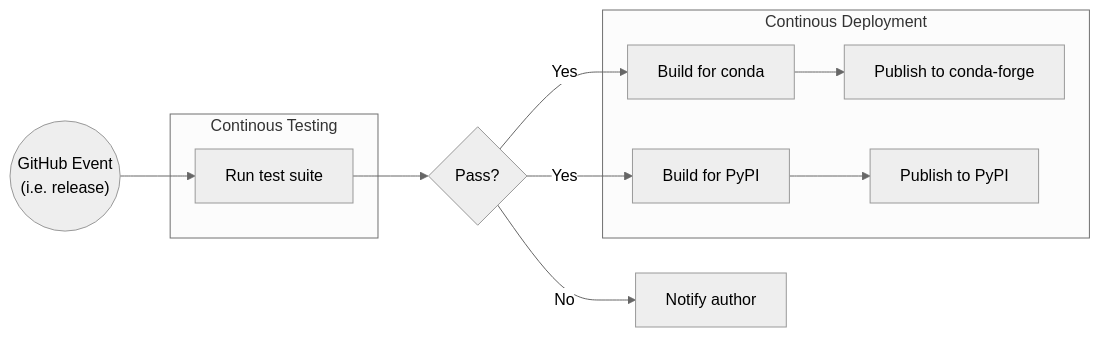
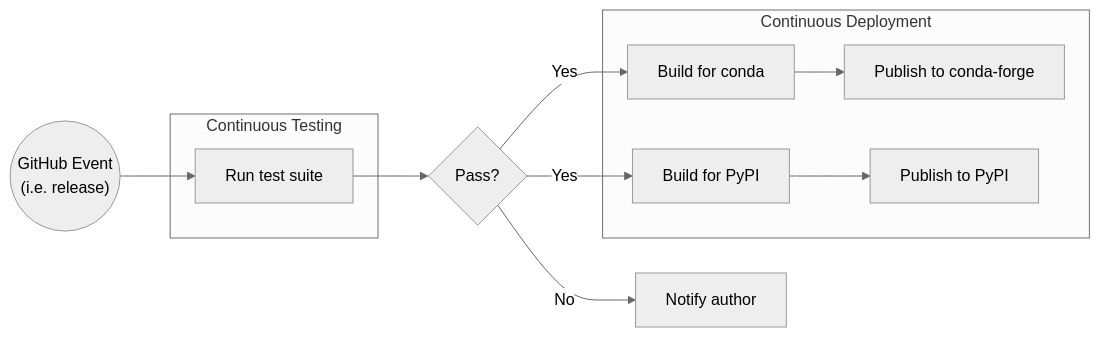
One commit to NREL/WETOStack changed the first of 3 diagrams in docs/best_practices.md. Above: the diagram before and after it, drawn with Mermaid (neutral theme). The commit also changed other lines of this file and 1 other file, not shown here.

````diff
--- a/docs/best_practices.md
+++ b/docs/best_practices.md
@@ -189,27 +189,27 @@
 ```{mermaid}
 graph LR
 
     A(("
     GitHub Event
     (i.e. release)
     "))
-    subgraph Continous Testing
+    subgraph Continuous Testing
         B["Run test suite"]
     end
     C{"Pass?"}
     D["Notify author"]
-    subgraph Continous Deployment
+    subgraph Continuous Deployment
         E["Build for conda"]
         F["Build for PyPI"]
         G["Publish to conda-forge"]
         H["Publish to PyPI"]
     end
 
     A --> B
     B --> C
     C -->|No| D
     C -->|Yes| E
     C -->|Yes| F
     E --> G
     F --> H
 ```
````
